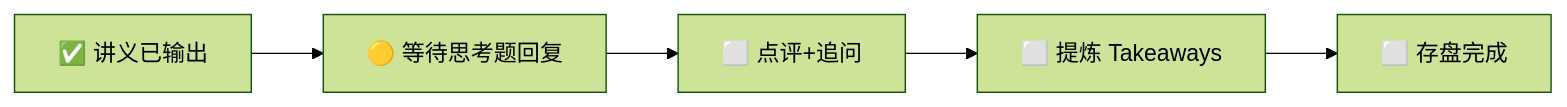
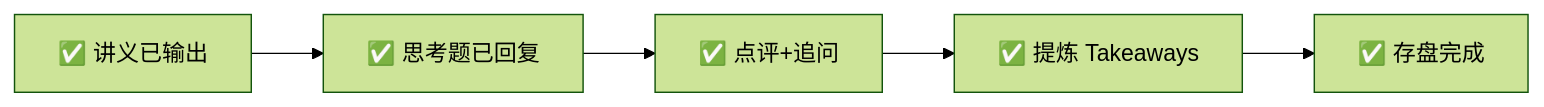
The first of 3 diagrams in docs/week-06/interaction.md (linyuhancelia/ai-industry-research), drawn with Mermaid (forest theme) before and after one commit. The commit also changed other lines of this file and 4 other files, not shown here.

````diff
--- a/docs/week-06/interaction.md
+++ b/docs/week-06/interaction.md
@@ -18,7 +18,7 @@
 ```mermaid
 graph LR
-    A["✅ 讲义已输出"] --> B["🟡 等待思考题回复"]
-    B --> C["⬜ 点评+追问"]
-    C --> D["⬜ 提炼 Takeaways"]
-    D --> E["⬜ 存盘完成"]
+    A["✅ 讲义已输出"] --> B["✅ 思考题已回复"]
+    B --> C["✅ 点评+追问"]
+    C --> D["✅ 提炼 Takeaways"]
+    D --> E["✅ 存盘完成"]
 ```
````
